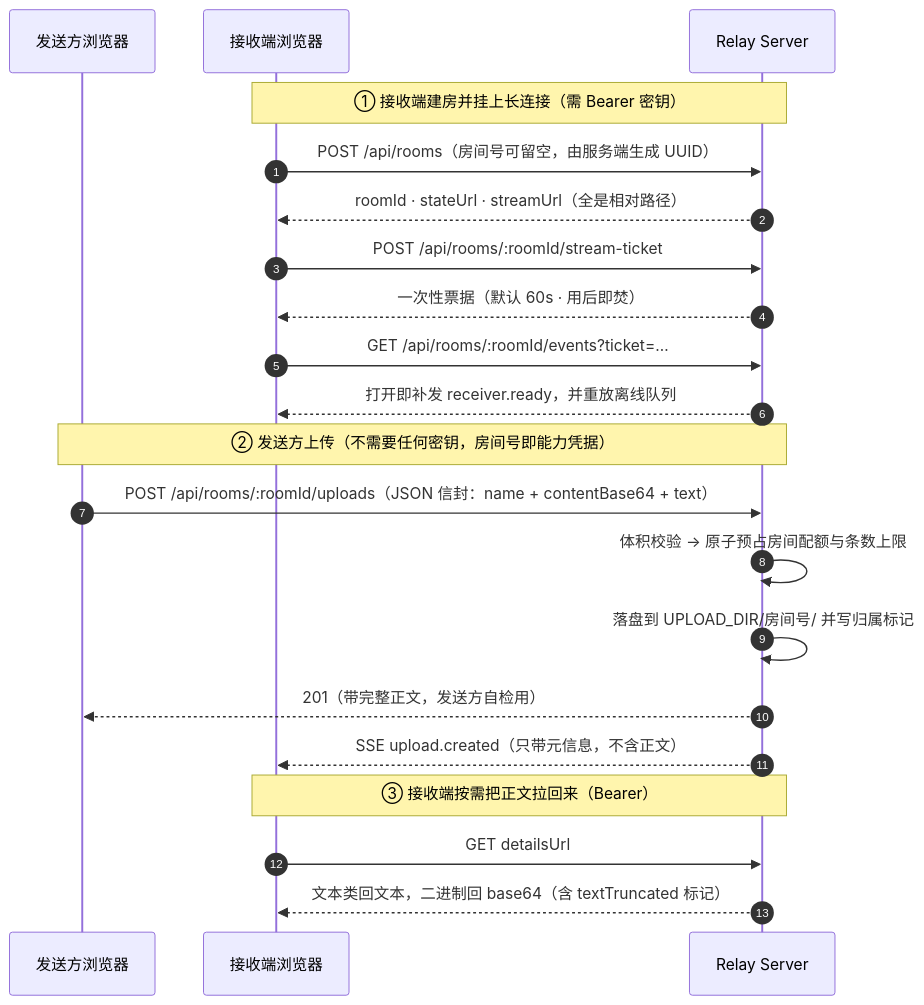
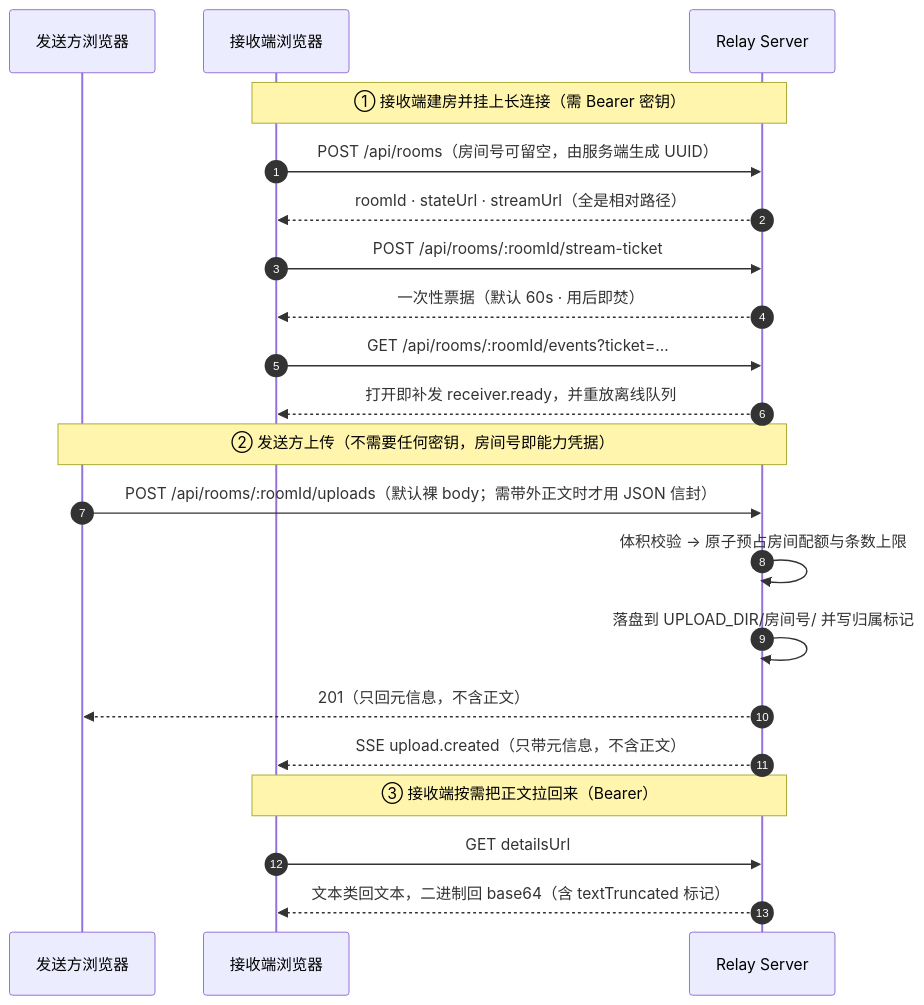
The second of 2 diagrams in README.md (HHSTU-IST/coolector), drawn with Mermaid before and after one commit. The commit also changed other lines of this file and 6 other files, not shown here.

First line of the commit message:
perf(relay): 201 不再回吐正文，服务端上传路径全程不做 base64

````diff
--- a/README.md
+++ b/README.md
@@ -174,26 +174,26 @@
 ```mermaid
 sequenceDiagram
   autonumber
   participant S as 发送方浏览器
   participant R as 接收端浏览器
   participant Relay as Relay Server
 
   Note over R,Relay: ① 接收端建房并挂上长连接（需 Bearer 密钥）
   R->>Relay: POST /api/rooms（房间号可留空，由服务端生成 UUID）
   Relay-->>R: roomId · stateUrl · streamUrl（全是相对路径）
   R->>Relay: POST /api/rooms/:roomId/stream-ticket
   Relay-->>R: 一次性票据（默认 60s · 用后即焚）
   R->>Relay: GET /api/rooms/:roomId/events?ticket=…
   Relay-->>R: 打开即补发 receiver.ready，并重放离线队列
 
   Note over S,Relay: ② 发送方上传（不需要任何密钥，房间号即能力凭据）
-  S->>Relay: POST /api/rooms/:roomId/uploads（JSON 信封：name + contentBase64 + text）
+  S->>Relay: POST /api/rooms/:roomId/uploads（默认裸 body；需带外正文时才用 JSON 信封）
   Relay->>Relay: 体积校验 → 原子预占房间配额与条数上限
   Relay->>Relay: 落盘到 UPLOAD_DIR/房间号/ 并写归属标记
-  Relay-->>S: 201（带完整正文，发送方自检用）
+  Relay-->>S: 201（只回元信息，不含正文）
   Relay-->>R: SSE upload.created（只带元信息，不含正文）
 
   Note over R,Relay: ③ 接收端按需把正文拉回来（Bearer）
   R->>Relay: GET detailsUrl
   Relay-->>R: 文本类回文本，二进制回 base64（含 textTruncated 标记）
 ```
````
